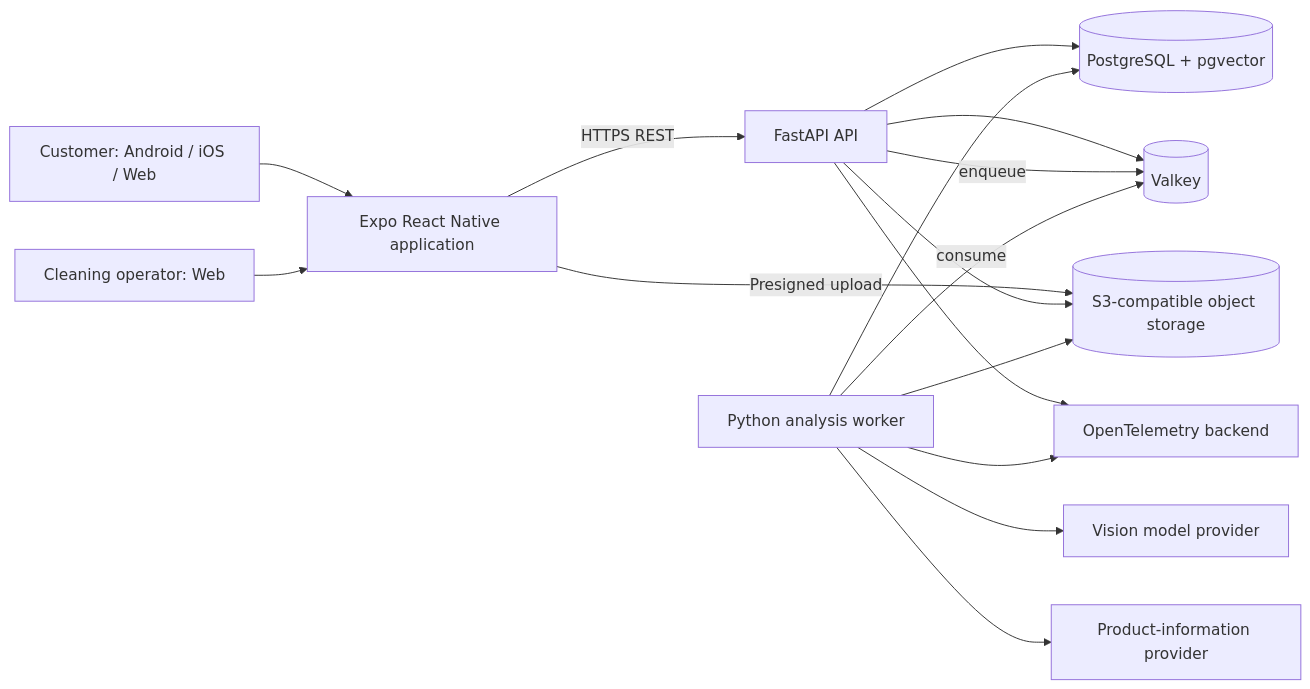
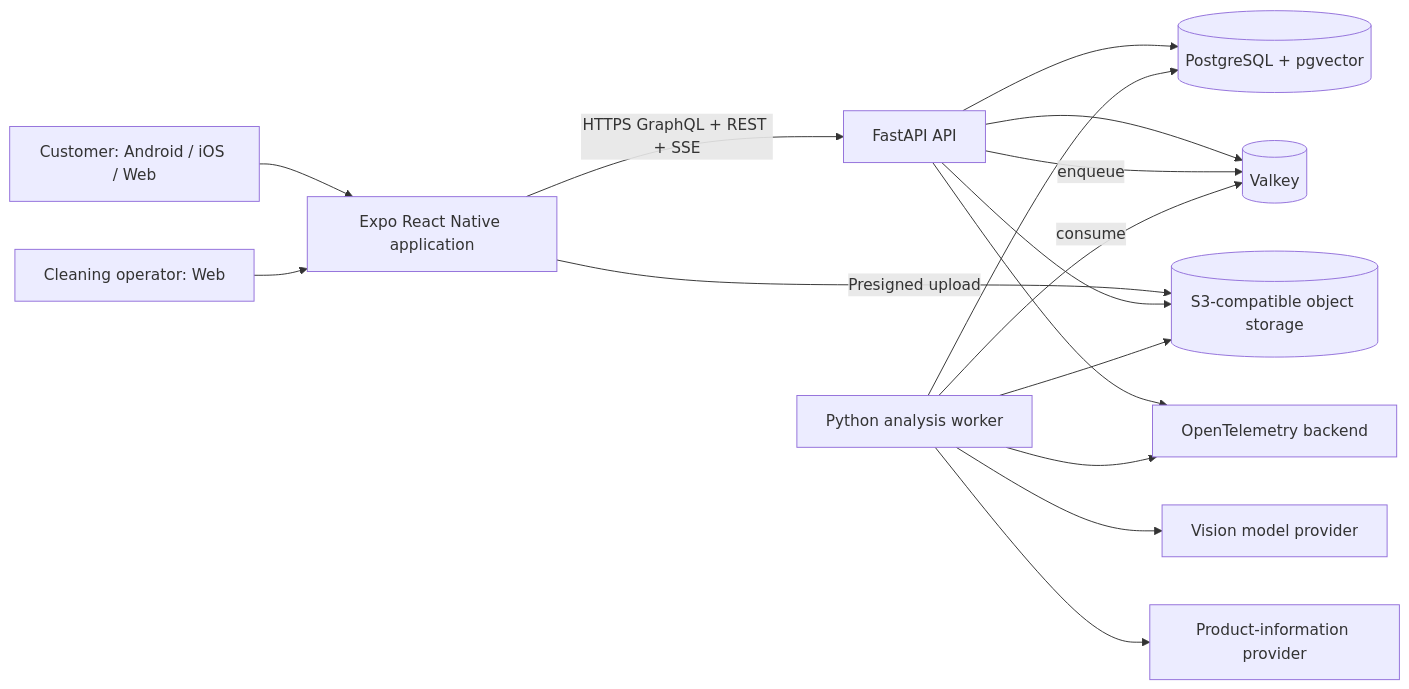
One commit to acado1986/fabricassist-platform changed the first of 4 diagrams in docs/architecture.md. Above: the diagram before and after it, drawn with Mermaid. The commit also changed other lines of this file and 66 other files, not shown here.

````diff
--- a/docs/architecture.md
+++ b/docs/architecture.md
@@ -126,30 +126,30 @@
 ```mermaid
 flowchart LR
     Customer[Customer: Android / iOS / Web]
     Operator[Cleaning operator: Web]
     Expo[Expo React Native application]
     API[FastAPI API]
     Worker[Python analysis worker]
     DB[(PostgreSQL + pgvector)]
     Cache[(Valkey)]
     Objects[(S3-compatible object storage)]
     Vision[Vision model provider]
     Product[Product-information provider]
     Telemetry[OpenTelemetry backend]
 
     Customer --> Expo
     Operator --> Expo
-    Expo -->|HTTPS REST| API
+    Expo -->|HTTPS GraphQL + REST + SSE| API
     Expo -->|Presigned upload| Objects
     API --> DB
     API --> Cache
     API --> Objects
     API -->|enqueue| Cache
     Worker -->|consume| Cache
     Worker --> DB
     Worker --> Objects
     Worker --> Vision
     Worker --> Product
     API --> Telemetry
     Worker --> Telemetry
 ```
````
